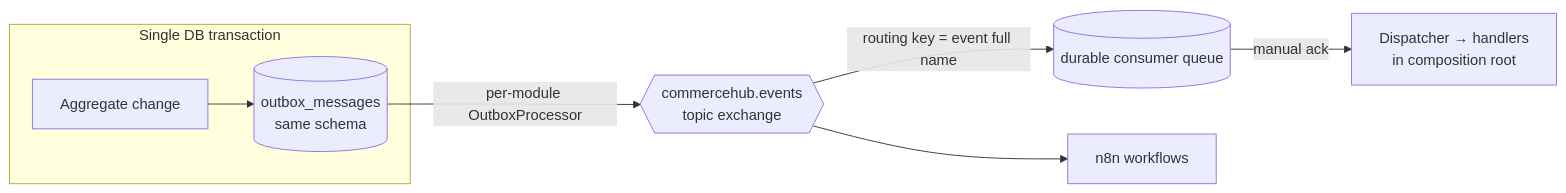
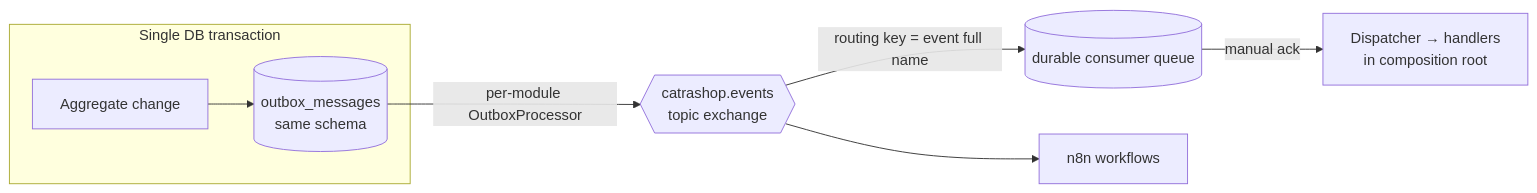
The fifth of 6 diagrams in docs/architecture/README.md (davidtriminio/catrashop), drawn with Mermaid before and after one commit. The commit also changed other lines of this file and 931 other files, not shown here.

````diff
--- a/docs/architecture/README.md
+++ b/docs/architecture/README.md
@@ -178,10 +178,10 @@
 ```mermaid
 flowchart LR
     subgraph Txn[Single DB transaction]
       AGG[Aggregate change] --> OB[(outbox_messages<br/>same schema)]
     end
-    OB -->|per-module OutboxProcessor| EX{{commercehub.events<br/>topic exchange}}
+    OB -->|per-module OutboxProcessor| EX{{catrashop.events<br/>topic exchange}}
     EX -->|routing key = event full name| Q[(durable consumer queue)]
     Q -->|manual ack| DISP[Dispatcher → handlers<br/>in composition root]
     EX --> N8N[n8n workflows]
 ```
````
